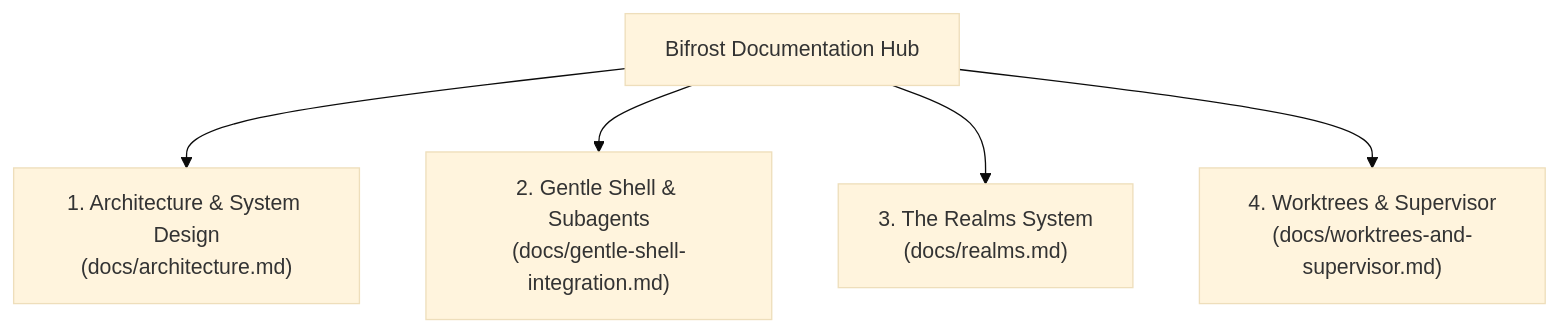
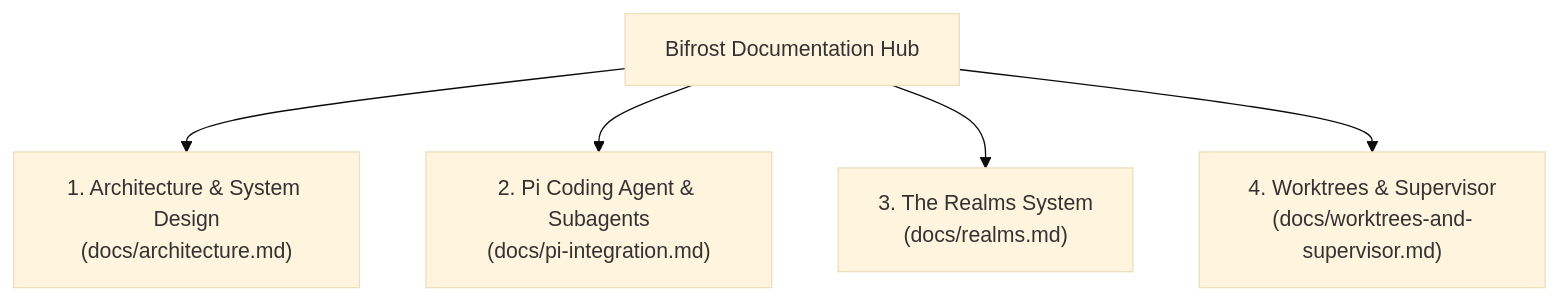
The diagram in docs/README.md (FullFran/bifrost), drawn with Mermaid (base theme) before and after one commit. The commit also changed other lines of this file and 4 other files, not shown here.

Commit message:
docs: reframe subagent integration as generic Pi coding agent integration

````diff
--- a/docs/README.md
+++ b/docs/README.md
@@ -9,14 +9,14 @@
 ```mermaid
 flowchart TD
     Index["Bifrost Documentation Hub"]
     
     Arch["1. Architecture & System Design<br/>(docs/architecture.md)"]
-    GS["2. Gentle Shell & Subagents<br/>(docs/gentle-shell-integration.md)"]
+    Pi["2. Pi Coding Agent & Subagents<br/>(docs/pi-integration.md)"]
     Realms["3. The Realms System<br/>(docs/realms.md)"]
     Worktrees["4. Worktrees & Supervisor<br/>(docs/worktrees-and-supervisor.md)"]
     
     Index --> Arch
-    Index --> GS
+    Index --> Pi
     Index --> Realms
     Index --> Worktrees
 ```
````
